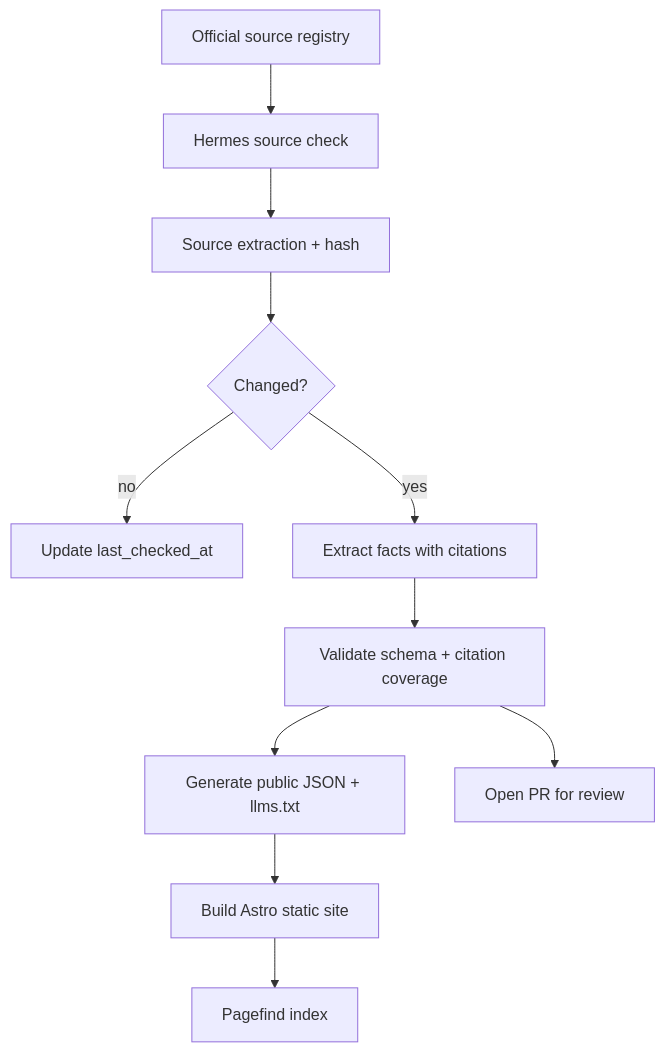
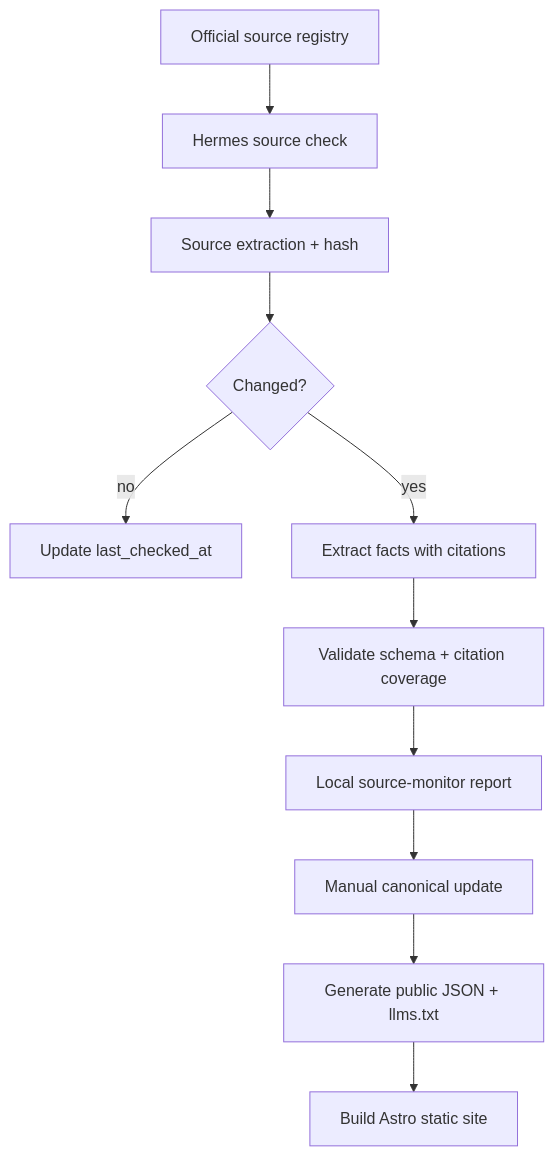
One commit to qiweiii/world-immigrant changed the diagram in docs/architecture/technical-approach-deep-dive.md. Above: the diagram before and after it, drawn with Mermaid. The commit also changed 10 other files, not shown here.

````diff
--- a/docs/architecture/technical-approach-deep-dive.md
+++ b/docs/architecture/technical-approach-deep-dive.md
@@ -137,13 +137,13 @@
 ```mermaid
 flowchart TD
  A[Official source registry] --> B[Hermes source check]
  B --> C[Source extraction + hash]
  C --> D{Changed?}
  D -- no --> E[Update last_checked_at]
  D -- yes --> F[Extract facts with citations]
  F --> G[Validate schema + citation coverage]
- G --> H[Generate public JSON + llms.txt]
- H --> I[Build Astro static site]
- I --> J[Pagefind index]
- G --> K[Open PR for review]
+ G --> H[Local source-monitor report]
+ H --> I[Manual canonical update]
+ I --> J[Generate public JSON + llms.txt]
+ J --> K[Build Astro static site]
 ```
````
